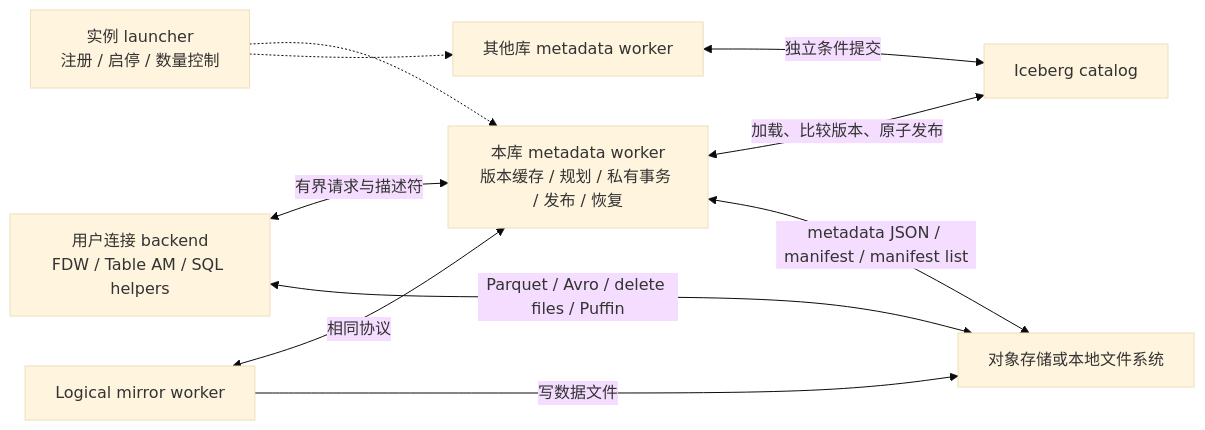
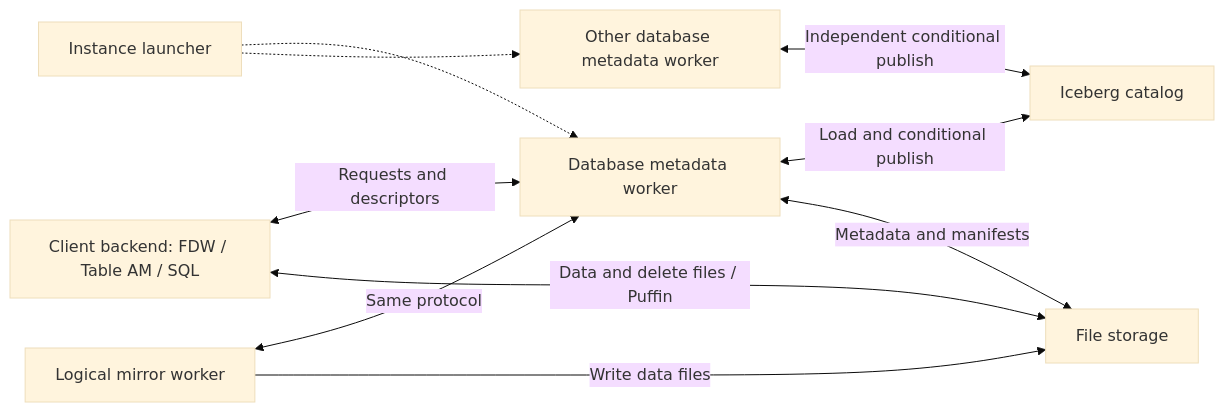
One commit to pgiceberg/pgiceberg changed the diagram in docs/design/metadata-backend.md. Above: the diagram before and after it, drawn with Mermaid (base theme). The commit also changed other lines of this file and 7 other files, not shown here.

````diff
--- a/docs/design/metadata-backend.md
+++ b/docs/design/metadata-backend.md
@@ -63,19 +41,19 @@
 ```mermaid
 flowchart LR
-  A[实例 launcher<br/>注册 / 启停 / 数量控制]
-  Q[用户连接 backend<br/>FDW / Table AM / SQL helpers]
+  A[Instance launcher]
+  B[Client backend: FDW / Table AM / SQL]
   L[Logical mirror worker]
-  M[本库 metadata worker<br/>版本缓存 / 规划 / 私有事务 / 发布 / 恢复]
-  N[其他库 metadata worker]
+  M[Database metadata worker]
+  N[Other database metadata worker]
   C[Iceberg catalog]
-  O[对象存储或本地文件系统]
+  F[File storage]
   A -.-> M
   A -.-> N
-  Q <-->|有界请求与描述符| M
-  L <-->|相同协议| M
-  M <-->|加载、比较版本、原子发布| C
-  N <-->|独立条件提交| C
-  M <-->|metadata JSON / manifest / manifest list| O
-  Q <-->|Parquet / Avro / delete files / Puffin| O
-  L -->|写数据文件| O
+  B <-->|Requests and descriptors| M
+  L <-->|Same protocol| M
+  M <-->|Load and conditional publish| C
+  N <-->|Independent conditional publish| C
+  M <-->|Metadata and manifests| F
+  B <-->|Data and delete files / Puffin| F
+  L -->|Write data files| F
 ```
````
